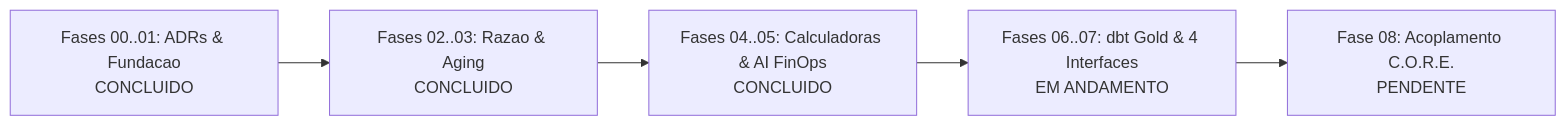
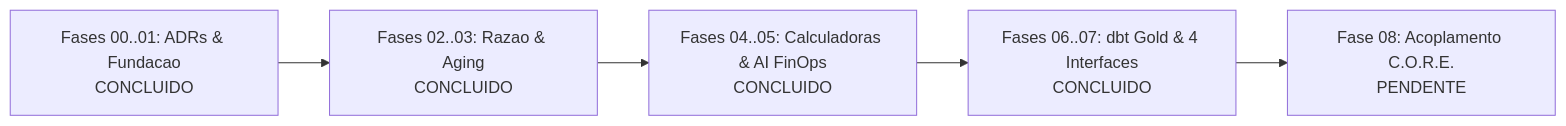
Before and after one commit to jhsfhtls/finops-capex-revenue-lakehouse: the diagram in JORNADA_IMPLEMENTACAO.md, drawn with Mermaid. The commit also changed other lines of this file and 24 other files, not shown here.

````diff
--- a/JORNADA_IMPLEMENTACAO.md
+++ b/JORNADA_IMPLEMENTACAO.md
@@ -23,7 +23,7 @@
 ```mermaid
 flowchart LR
     F01["Fases 00..01: ADRs & Fundacao<br/>CONCLUIDO"] --> F03["Fases 02..03: Razao & Aging<br/>CONCLUIDO"]
     F03 --> F05["Fases 04..05: Calculadoras & AI FinOps<br/>CONCLUIDO"]
-    F05 --> F07["Fases 06..07: dbt Gold & 4 Interfaces<br/>EM ANDAMENTO"]
+    F05 --> F07["Fases 06..07: dbt Gold & 4 Interfaces<br/>CONCLUIDO"]
     F07 --> F08["Fase 08: Acoplamento C.O.R.E.<br/>PENDENTE"]
 ```
````
